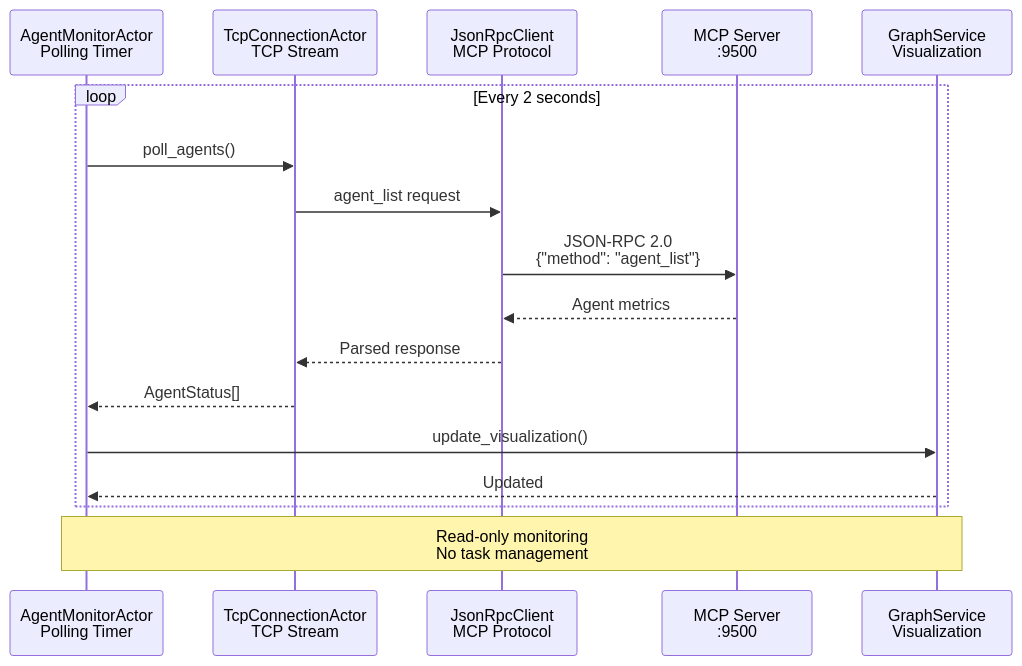
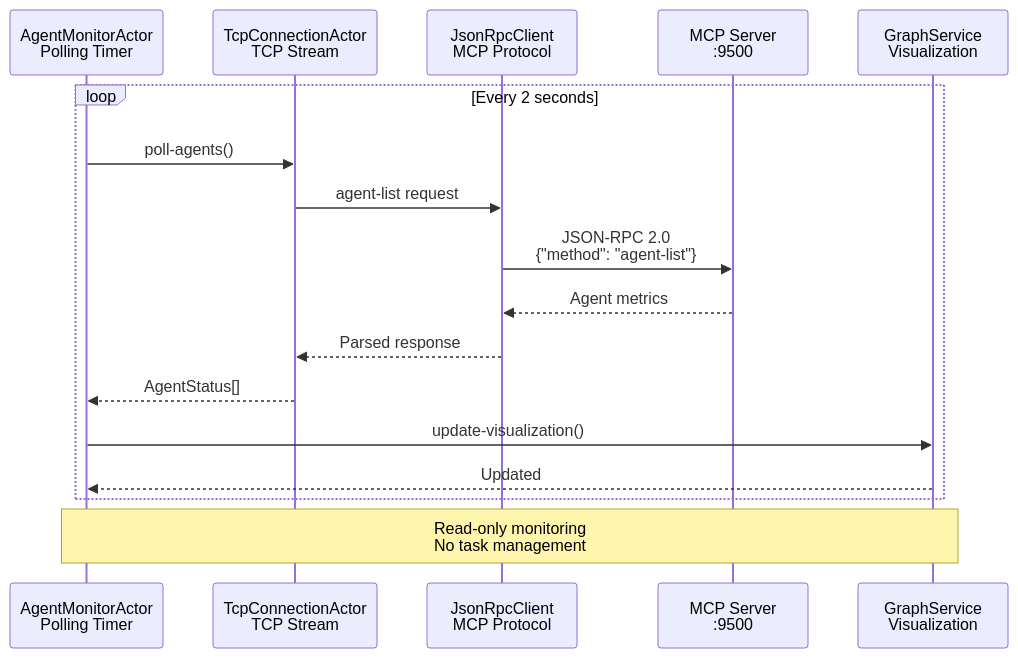
Before and after one commit to DreamLab-AI/VisionFlow: the tenth of 11 diagrams in docs/concepts/architecture/core/server.md, drawn with Mermaid. The commit also changed other lines of this file and 184 other files, not shown here.

````diff
--- a/docs/concepts/architecture/core/server.md
+++ b/docs/concepts/architecture/core/server.md
@@ -602,21 +602,21 @@
 ```mermaid
 sequenceDiagram
     participant Monitor as AgentMonitorActor<br/>Polling Timer
     participant TCP as TcpConnectionActor<br/>TCP Stream
     participant RPC as JsonRpcClient<br/>MCP Protocol
     participant MCP as MCP Server<br/>:9500
     participant Graph as GraphService<br/>Visualization
 
     loop Every 2 seconds
-        Monitor->>TCP: poll_agents()
-        TCP->>RPC: agent_list request
-        RPC->>MCP: JSON-RPC 2.0<br/>{"method": "agent_list"}
+        Monitor->>TCP: poll-agents()
+        TCP->>RPC: agent-list request
+        RPC->>MCP: JSON-RPC 2.0<br/>{"method": "agent-list"}
         MCP-->>RPC: Agent metrics
         RPC-->>TCP: Parsed response
         TCP-->>Monitor: AgentStatus[]
-        Monitor->>Graph: update_visualization()
+        Monitor->>Graph: update-visualization()
         Graph-->>Monitor: Updated
     end
 
     Note over Monitor,Graph: Read-only monitoring<br/>No task management
 ```
````
